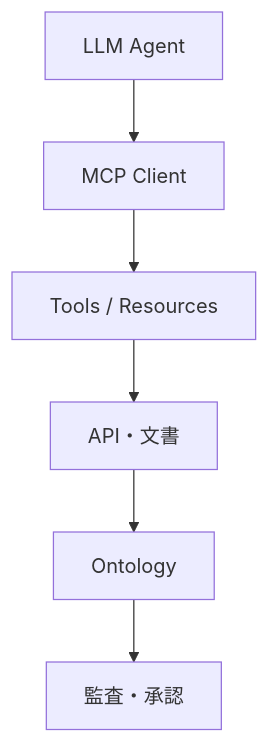
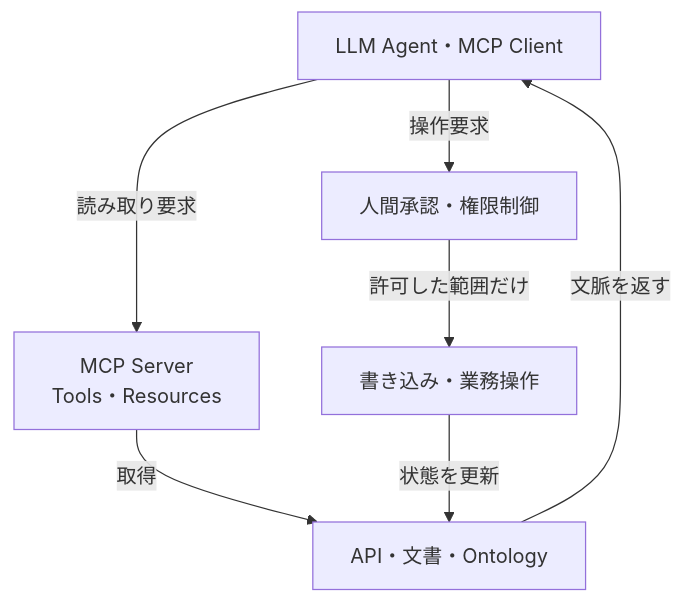
Diagram 12 of 13 in articles/report/ai-llm-ontology-memory/ja/index.mdx (daylight55/research), drawn with Mermaid before and after one commit. The commit also changed other lines of this file and 181 other files, not shown here.

First line of the commit message:
全記事の図解368点を再生成し、共通注意書きを削除 (#402)

````diff
--- a/articles/report/ai-llm-ontology-memory/ja/index.mdx
+++ b/articles/report/ai-llm-ontology-memory/ja/index.mdx
@@ -445,8 +515,16 @@
 ```mermaid
 flowchart TD
-  Agent["LLM Agent"] --> Client["MCP Client"]
-  Client --> Surface["Tools / Resources"]
-  Surface --> Data["API・文書"]
-  Data --> Ont["Ontology"]
-  Ont --> Aud["監査・承認"]
+  accTitle: MCP越しの取得と実行を区別する
+  accDescr: クライアントから接続先のデータへ到達する経路と、書き込みに必要な承認を分けて読む。
+  N0["LLM Agent・MCP Client"]
+  N1["MCP Server<br/>Tools・Resources"]
+  N2["API・文書・Ontology"]
+  N3["人間承認・権限制御"]
+  N4["書き込み・業務操作"]
+  N0 -->|読み取り要求| N1
+  N1 -->|取得| N2
+  N2 -->|文脈を返す| N0
+  N0 -->|操作要求| N3
+  N3 -->|許可した範囲だけ| N4
+  N4 -->|状態を更新| N2
 ```
````
